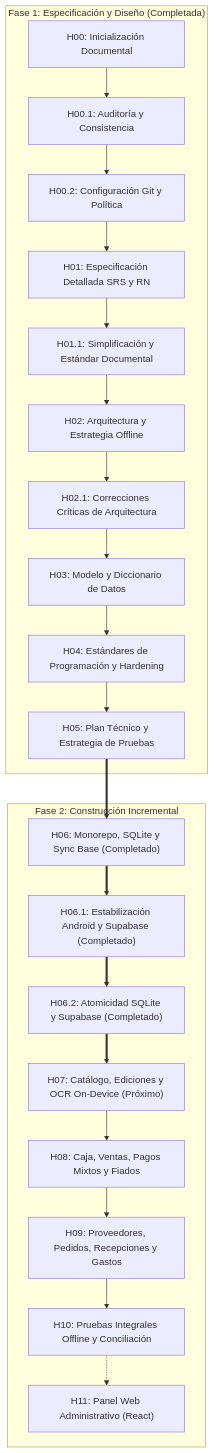
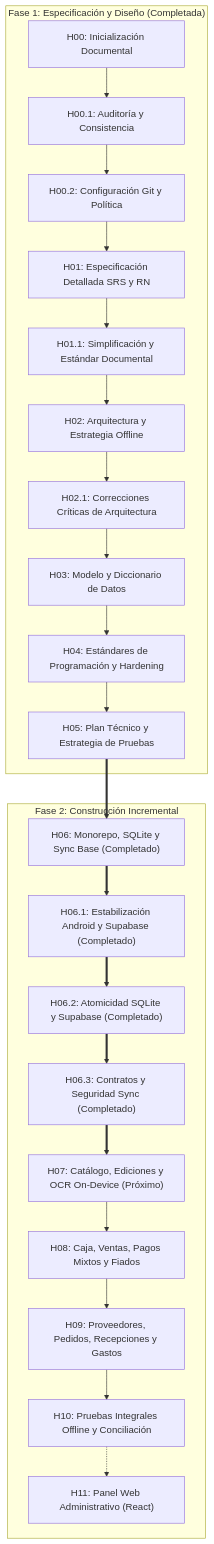
One commit to JMedina255/Proyecto_tienda changed the diagram in docs/05-planificacion/PLAN_DESARROLLO.md. Above: the diagram before and after it, drawn with Mermaid. The commit also changed other lines of this file and 11 other files, not shown here.

Commit message:
fix(h06.3): contratos y seguridad de sincronizacion

````diff
--- a/docs/05-planificacion/PLAN_DESARROLLO.md
+++ b/docs/05-planificacion/PLAN_DESARROLLO.md
@@ -17,25 +17,26 @@
 ```mermaid
 flowchart TD
     subgraph Fase_Diseno["Fase 1: Especificación y Diseño (Completada)"]
         H00["H00: Inicialización Documental"] --> H00_1["H00.1: Auditoría y Consistencia"]
         H00_1 --> H00_2["H00.2: Configuración Git y Política"]
         H00_2 --> H01["H01: Especificación Detallada SRS y RN"]
         H01 --> H01_1["H01.1: Simplificación y Estándar Documental"]
         H01_1 --> H02["H02: Arquitectura y Estrategia Offline"]
         H02 --> H02_1["H02.1: Correcciones Críticas de Arquitectura"]
         H02_1 --> H03["H03: Modelo y Diccionario de Datos"]
         H03 --> H04["H04: Estándares de Programación y Hardening"]
         H04 --> H05["H05: Plan Técnico y Estrategia de Pruebas"]
     end
 
     subgraph Fase_Construccion["Fase 2: Construcción Incremental"]
         H05 ==> H06["H06: Monorepo, SQLite y Sync Base (Completado)"]
         H06 ==> H06_1["H06.1: Estabilización Android y Supabase (Completado)"]
         H06_1 ==> H06_2["H06.2: Atomicidad SQLite y Supabase (Completado)"]
-        H06_2 ==> H07["H07: Catálogo, Ediciones y OCR On-Device (Próximo)"]
+        H06_2 ==> H06_3["H06.3: Contratos y Seguridad Sync (Completado)"]
+        H06_3 ==> H07["H07: Catálogo, Ediciones y OCR On-Device (Próximo)"]
         H07 --> H08["H08: Caja, Ventas, Pagos Mixtos y Fiados"]
         H08 --> H09["H09: Proveedores, Pedidos, Recepciones y Gastos"]
         H09 --> H10["H10: Pruebas Integrales Offline y Conciliación"]
         H10 -.-> H11["H11: Panel Web Administrativo (React)"]
     end
 ```
````
